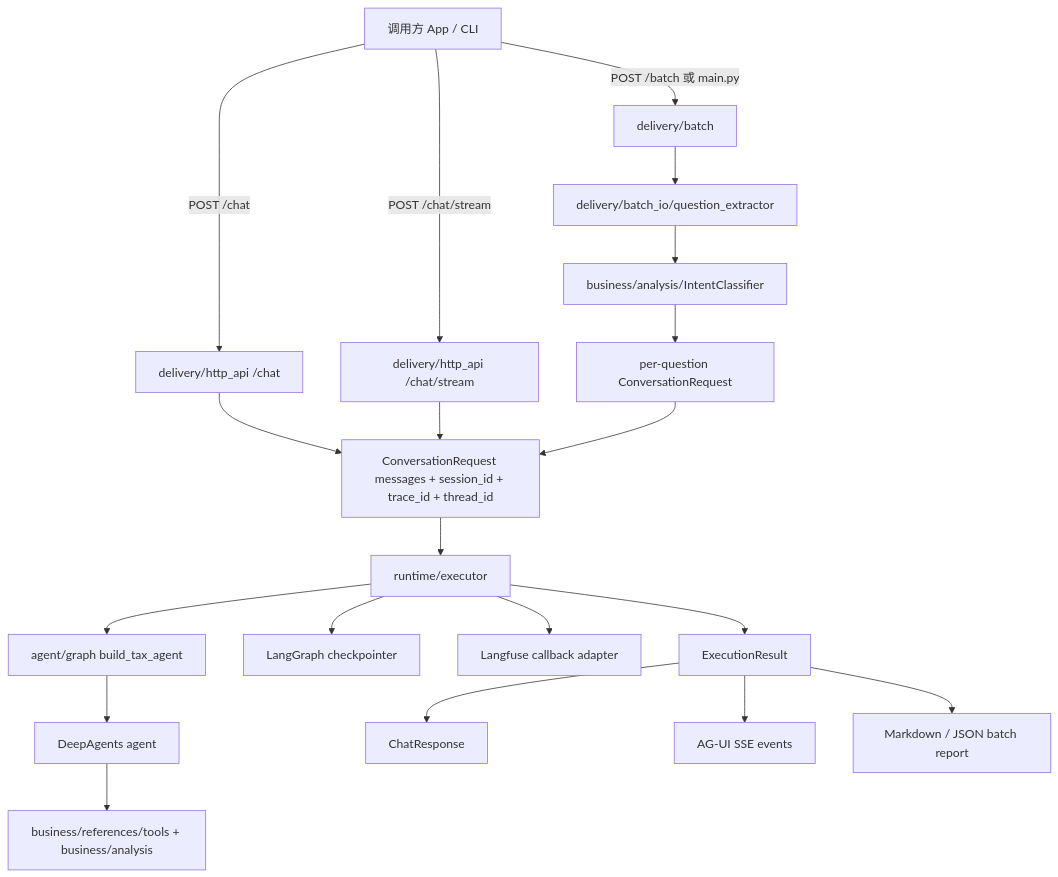
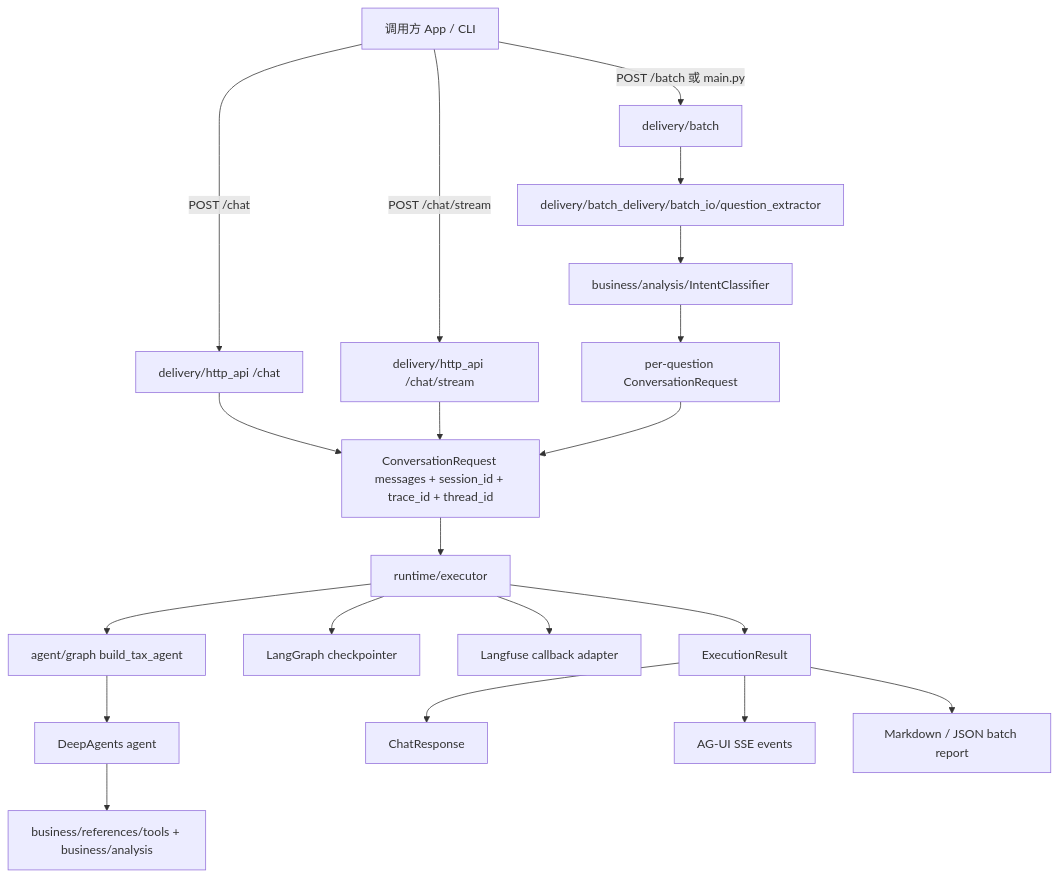
Before and after one commit to xuebuhuijizu/trp-agent: the diagram in docs/guides/part2-tax-agent-runtime-architecture.md, drawn with Mermaid. The commit also changed 3 other files, not shown here.

````diff
--- a/docs/guides/part2-tax-agent-runtime-architecture.md
+++ b/docs/guides/part2-tax-agent-runtime-architecture.md
@@ -72,27 +72,27 @@
 ```mermaid
 flowchart TD
     Client[调用方 App / CLI] -->|POST /chat| ChatRoute[delivery/http_api /chat]
     Client -->|POST /chat/stream| StreamRoute[delivery/http_api /chat/stream]
     Client -->|POST /batch 或 main.py| BatchRoute[delivery/batch]
 
     ChatRoute --> Turn[ConversationRequest messages + session_id + trace_id + thread_id]
     StreamRoute --> Turn
 
-    BatchRoute --> Extract[delivery/batch_io/question_extractor]
+    BatchRoute --> Extract[delivery/batch_delivery/batch_io/question_extractor]
     Extract --> Classify[business/analysis/IntentClassifier]
     Classify --> PerQuestion[per-question ConversationRequest]
     PerQuestion --> Turn
 
     Turn --> Executor[runtime/executor]
     Executor --> Harness[agent/graph build_tax_agent]
     Harness --> DeepAgents[DeepAgents agent]
     DeepAgents --> Tools[business/references/tools + business/analysis]
 
     Executor --> Checkpoint[LangGraph checkpointer]
     Executor --> Obs[Langfuse callback adapter]
     Executor --> Response[ExecutionResult]
 
     Response --> ChatResp[ChatResponse]
     Response --> SSE[AG-UI SSE events]
     Response --> Report[Markdown / JSON batch report]
 ```
````
